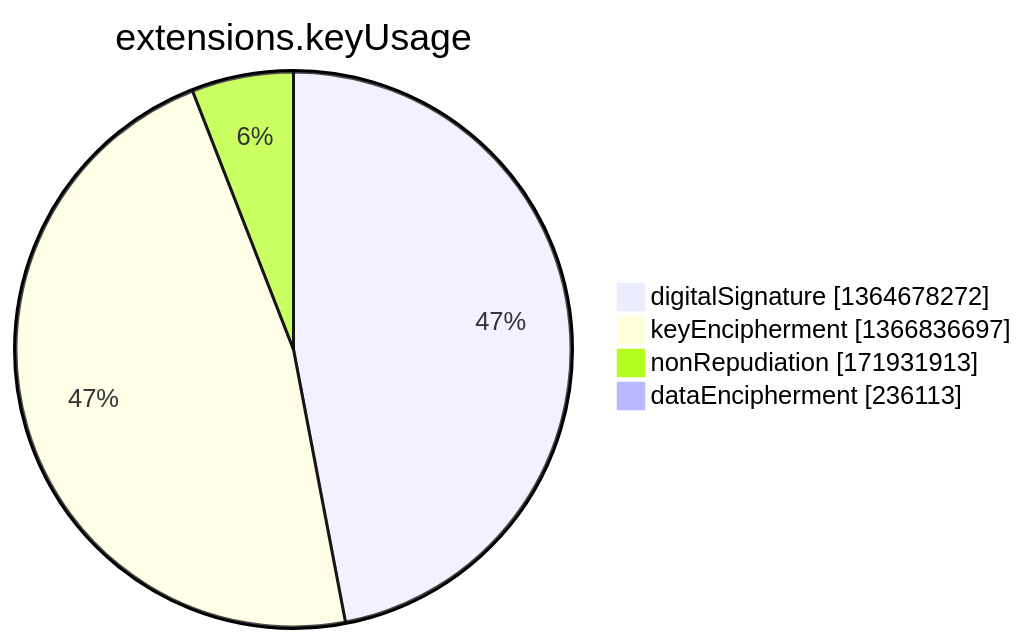
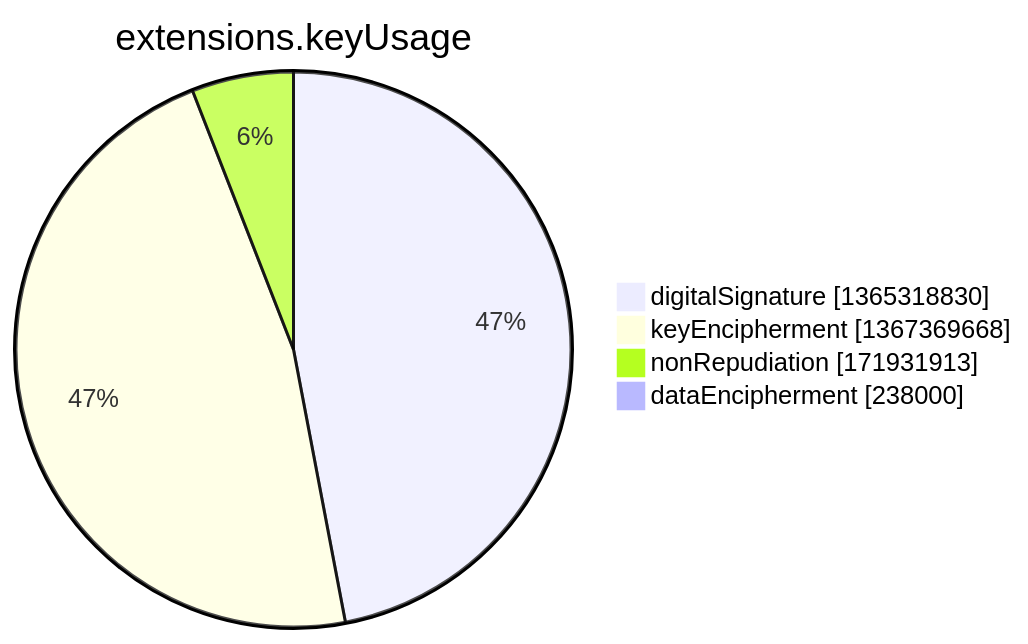
Before and after one commit to christiankrug/ctmonitor_visualization: the seventh of 15 diagrams in argon2022/README.md, drawn with Mermaid. The commit also changed other lines of this file, not shown here.

````diff
--- a/argon2022/README.md
+++ b/argon2022/README.md
@@ -2751,8 +2751,8 @@
 ```mermaid
 pie showData
 title extensions.keyUsage
-"digitalSignature" :1364678272
-"keyEncipherment" :1366836697
+"digitalSignature" :1365318830
+"keyEncipherment" :1367369668
 "nonRepudiation" :171931913
-"dataEncipherment" :236113
+"dataEncipherment" :238000
 ```
````
